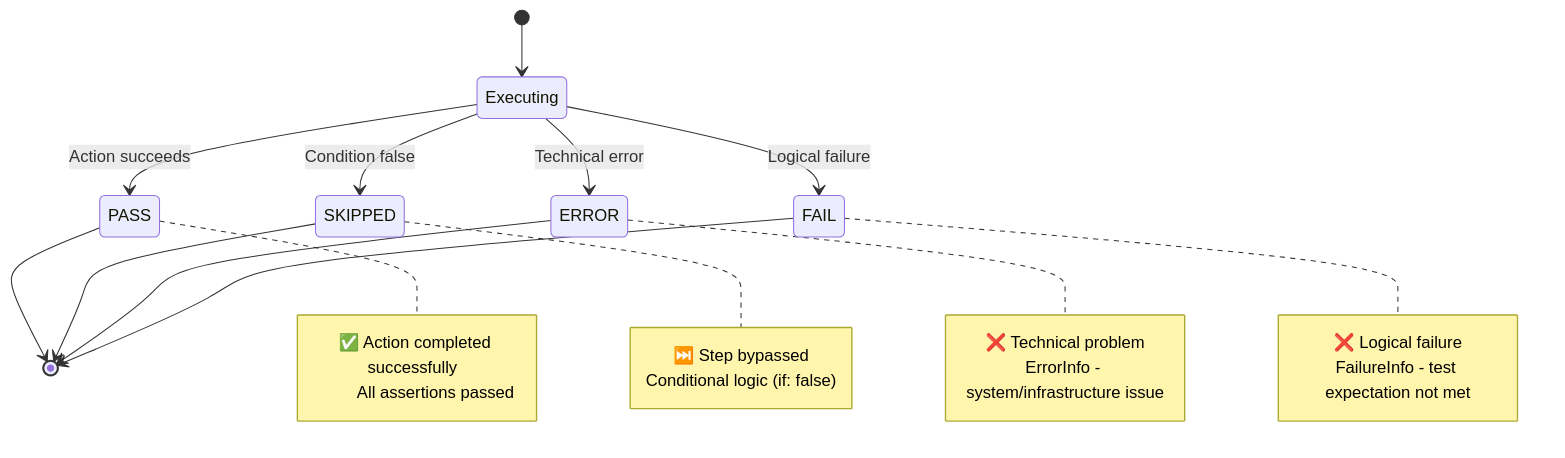
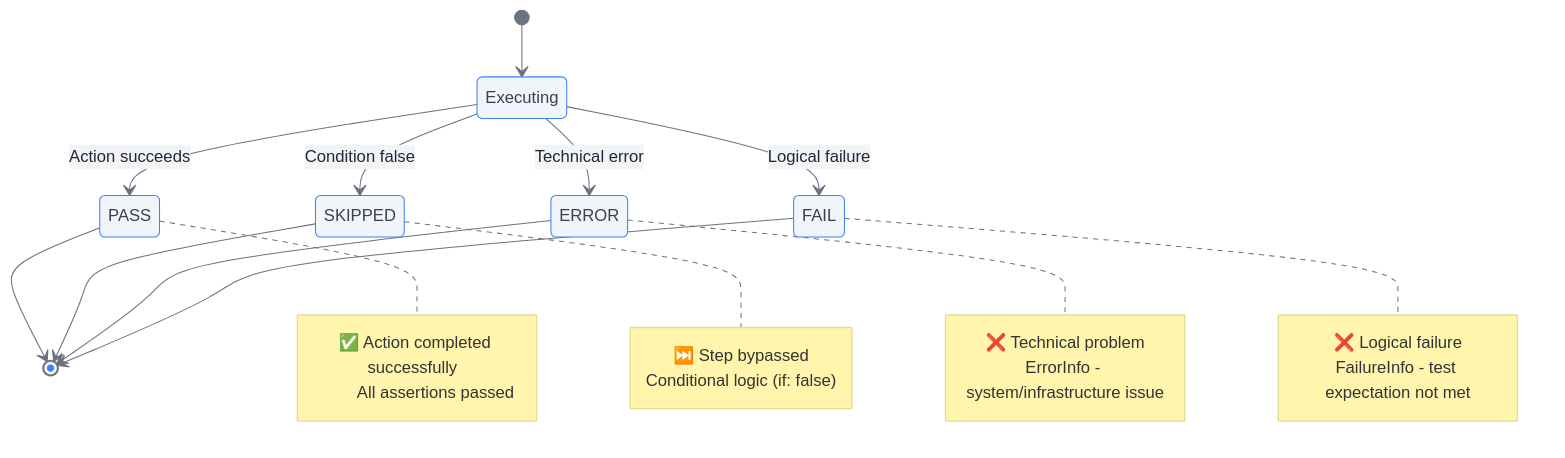
One commit to JianLoong/robogo changed the third of 3 diagrams in docs/error-failure-states-diagram.md. Above: the diagram before and after it, drawn with Mermaid. The commit also changed other lines of this file and 9 other files, not shown here.

First line of the commit message:
docs: Add comprehensive architecture diagrams and documentation structure

````diff
--- a/docs/error-failure-states-diagram.md
+++ b/docs/error-failure-states-diagram.md
@@ -82,34 +112,55 @@
 ```mermaid
+%%{init: {
+  'theme': 'base',
+  'themeVariables': {
+    'primaryColor': '#2563eb',
+    'primaryTextColor': '#1f2937',
+    'primaryBorderColor': '#3b82f6',
+    'lineColor': '#6b7280',
+    'secondaryColor': '#f3f4f6',
+    'tertiaryColor': '#e5e7eb',
+    'background': '#ffffff',
+    'mainBkg': '#f9fafb',
+    'secondBkg': '#f3f4f6',
+    'tertiaryBkg': '#e5e7eb',
+    'stateBkg': '#f1f5f9',
+    'stateLabelColor': '#374151',
+    'cScale0': '#dcfce7',
+    'cScale1': '#fef3c7',
+    'cScale2': '#fecaca',
+    'cScale3': '#fed7aa'
+  }
+}}%%
 stateDiagram-v2
     [*] --> Executing
     
     Executing --> PASS : Action succeeds
     Executing --> SKIPPED : Condition false
     Executing --> ERROR : Technical error
     Executing --> FAIL : Logical failure
     
     PASS --> [*]
     SKIPPED --> [*] 
     ERROR --> [*]
     FAIL --> [*]
     
     note right of PASS
         ✅ Action completed successfully  
         All assertions passed
     end note
     
     note right of SKIPPED
         ⏭️ Step bypassed
         Conditional logic (if: false)
     end note
     
     note right of ERROR
         ❌ Technical problem
         ErrorInfo - system/infrastructure issue
     end note
     
     note right of FAIL
         ❌ Logical failure
         FailureInfo - test expectation not met
     end note
 ```
````
